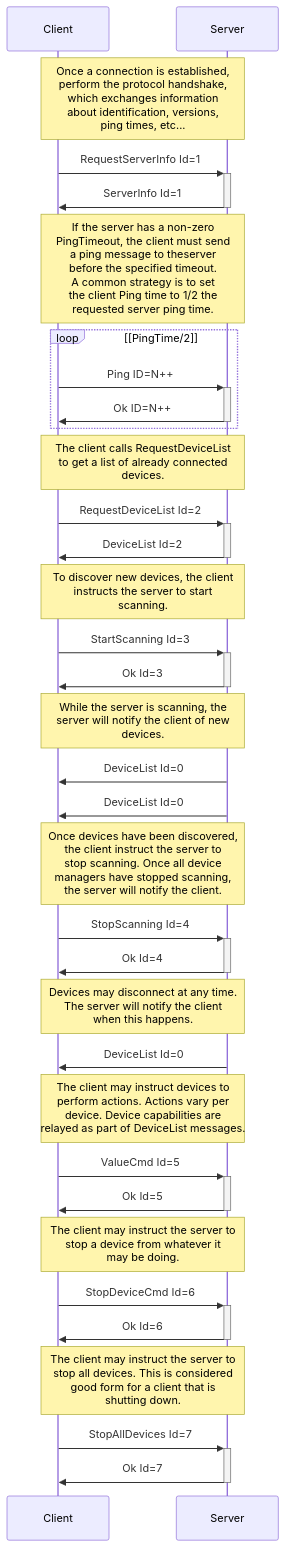
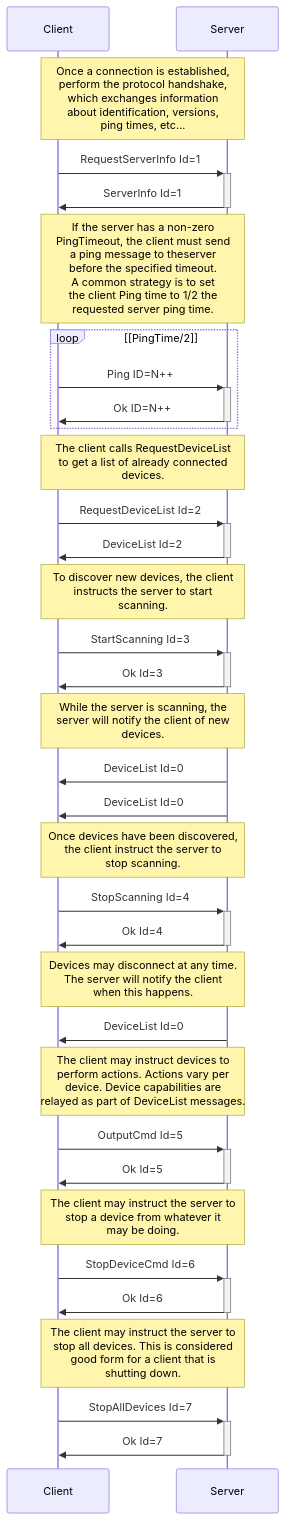
The diagram in docs/spec/architecture.md (buttplugio/docs.buttplug.io), drawn with Mermaid before and after one commit. The commit also changed other lines of this file and 2 other files, not shown here.

Commit message:
Update architecture and general message section for v4

````diff
--- a/docs/spec/architecture.md
+++ b/docs/spec/architecture.md
@@ -93,46 +91,46 @@
 ```mermaid
 sequenceDiagram
   Participant Client
   Participant Server
 
   Note over Client,Server: Once a connection is established,<br/> perform the protocol handshake,<br/>which exchanges information<br/>about identification, versions,<br/>ping times, etc...
   Client->>+Server: RequestServerInfo Id=1
   Server->>-Client: ServerInfo Id=1
 
   Note over Client,Server: If the server has a non-zero<br/>PingTimeout, the client must send<br/>a ping message to theserver<br/>before the specified timeout.<br/>A common strategy is to set<br/>the client Ping time to 1/2 the<br/>requested server ping time.
   loop [PingTime/2]
     Client->>+Server: Ping ID=N++
     Server->>-Client: Ok ID=N++
   end
 
   Note over Client,Server: The client calls RequestDeviceList<br/>to get a list of already connected<br/>devices.
   Client->>+Server: RequestDeviceList Id=2
   Server->>-Client: DeviceList Id=2
   
   Note over Client,Server: To discover new devices, the client<br/>instructs the server to start<br/>scanning.
   Client->>+Server: StartScanning Id=3
   Server->>-Client: Ok Id=3
   
   Note over Client,Server: While the server is scanning, the<br/>server will notify the client of new<br/>devices.
   Server->>Client: DeviceList Id=0
   Server->>Client: DeviceList Id=0
   
-  Note over Client,Server: Once devices have been discovered,<br/> the client instruct the server to<br/> stop scanning. Once all device<br/>managers have stopped scanning,<br/>the server will notify the client.
+  Note over Client,Server: Once devices have been discovered,<br/> the client instruct the server to<br/> stop scanning.
   Client->>+Server: StopScanning Id=4
   Server->>-Client: Ok Id=4
   
   Note over Client,Server: Devices may disconnect at any time.<br/>The server will notify the client<br/>when this happens.
   Server->>Client: DeviceList Id=0
   
   Note over Client,Server: The client may instruct devices to<br/>perform actions. Actions vary per<br/>device. Device capabilities are<br/>relayed as part of DeviceList messages.
-  Client->>+Server: ValueCmd Id=5
+  Client->>+Server: OutputCmd Id=5
   Server->>-Client: Ok Id=5
   
   Note over Client,Server: The client may instruct the server to<br/>stop a device from whatever it<br/>may be doing.
   Client->>+Server: StopDeviceCmd Id=6
   Server->>-Client: Ok Id=6
   
   Note over Client,Server: The client may instruct the server to<br/>stop all devices. This is considered<br/> good form for a client that is<br/>shutting down.
   Client->>+Server: StopAllDevices Id=7
   Server->>-Client: Ok Id=7
 ```
````
